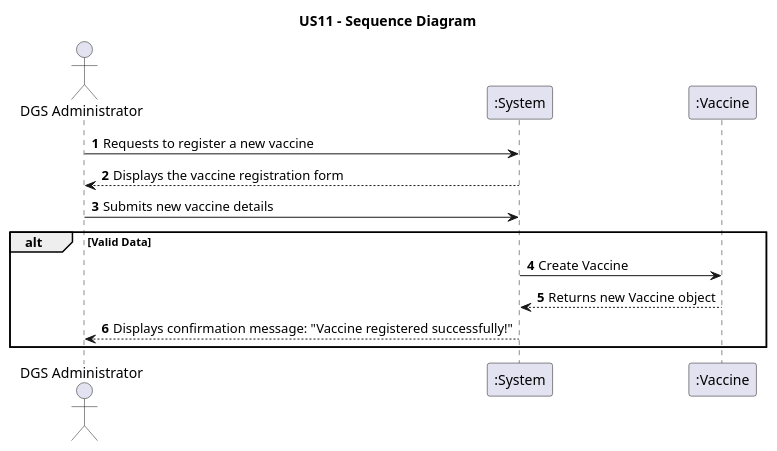
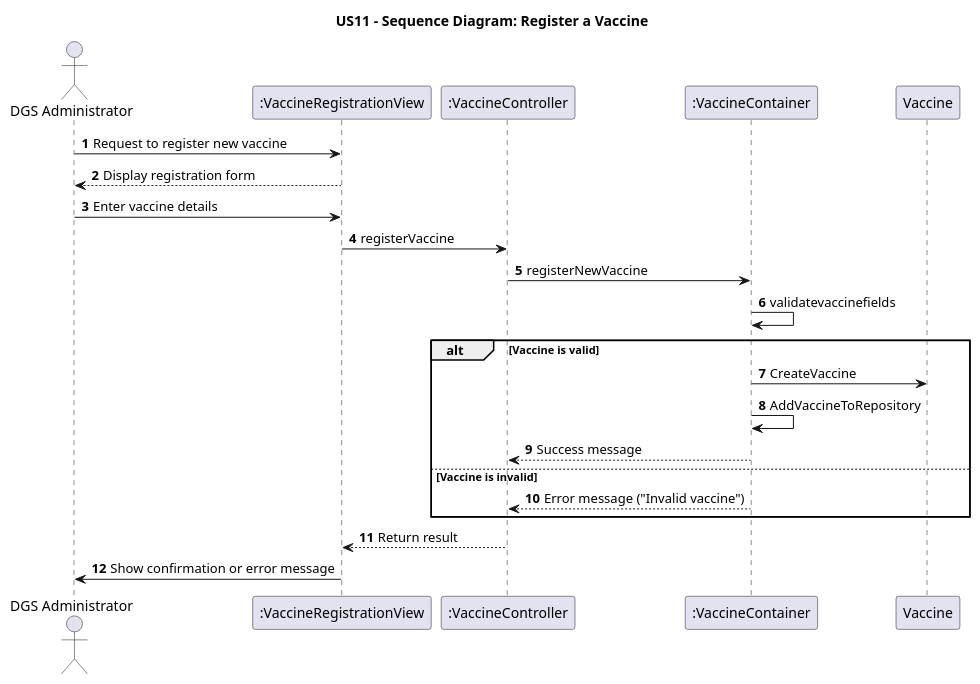
Before and after one commit to pedroguilherme-web/leti-esoft-25-26-A1: the diagram in docs/system-documentation/US11/puml/US11-SD.puml, drawn with PlantUML. The commit also changed 5 other files, not shown here.

```diff
--- a/docs/system-documentation/US11/puml/US11-SD.puml
+++ b/docs/system-documentation/US11/puml/US11-SD.puml
@@ -1,24 +1,35 @@
 @startuml
-'https://plantuml.com/sequence-diagram
-
-title   US11 - Sequence Diagram
+title US11 - Sequence Diagram: Register a Vaccine
 autonumber
 
 actor "DGS Administrator" as Admin
-participant ":System" as System
-participant ":Vaccine" as Vaccine
-
-Admin -> System: Requests to register a new vaccine
-System --> Admin: Displays the vaccine registration form
-
-Admin -> System: Submits new vaccine details
+participant ":VaccineRegistrationView" as View
+participant ":VaccineController" as Controller
+participant ":VaccineContainer" as Container
+participant "Vaccine" as Vaccine
 
 
-alt Valid Data
-    System -> Vaccine: Create Vaccine
-    Vaccine --> System: Returns new Vaccine object
+Admin -> View: Request to register new vaccine
+View --> Admin: Display registration form
 
-    System --> Admin: Displays confirmation message: "Vaccine registered successfully!"
+Admin -> View: Enter vaccine details
+View -> Controller: registerVaccine
+
+Controller -> Container: registerNewVaccine
+
+
+Container -> Container: validatevaccinefields
+
+alt Vaccine is valid
+    Container -> Vaccine: CreateVaccine
+    Container -> Container: AddVaccineToRepository
+    Container --> Controller: Success message
+else Vaccine is invalid
+    Container --> Controller: Error message ("Invalid vaccine")
 end
 
+Controller --> View: Return result
+
+View -> Admin: Show confirmation or error message
+
 @enduml
```
